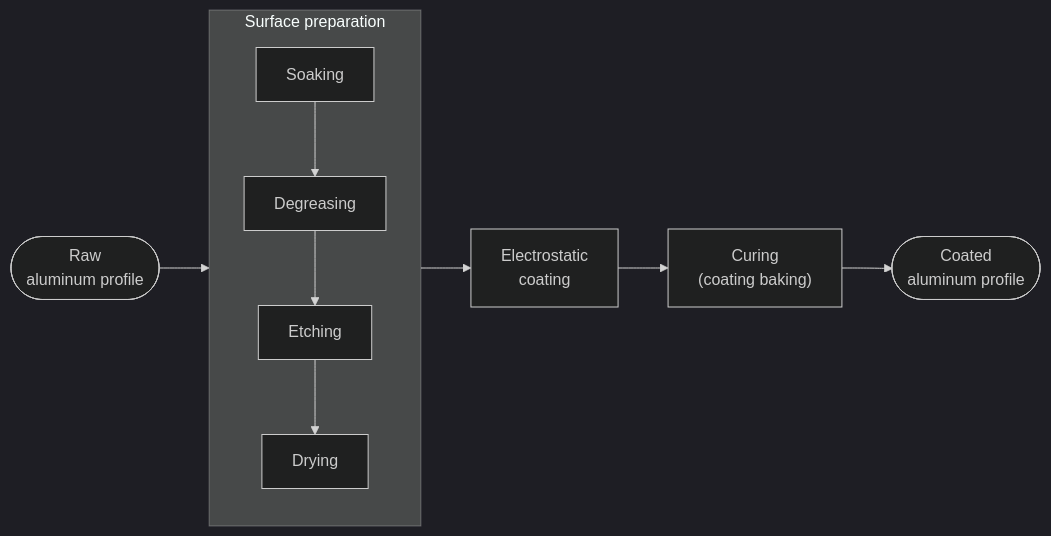
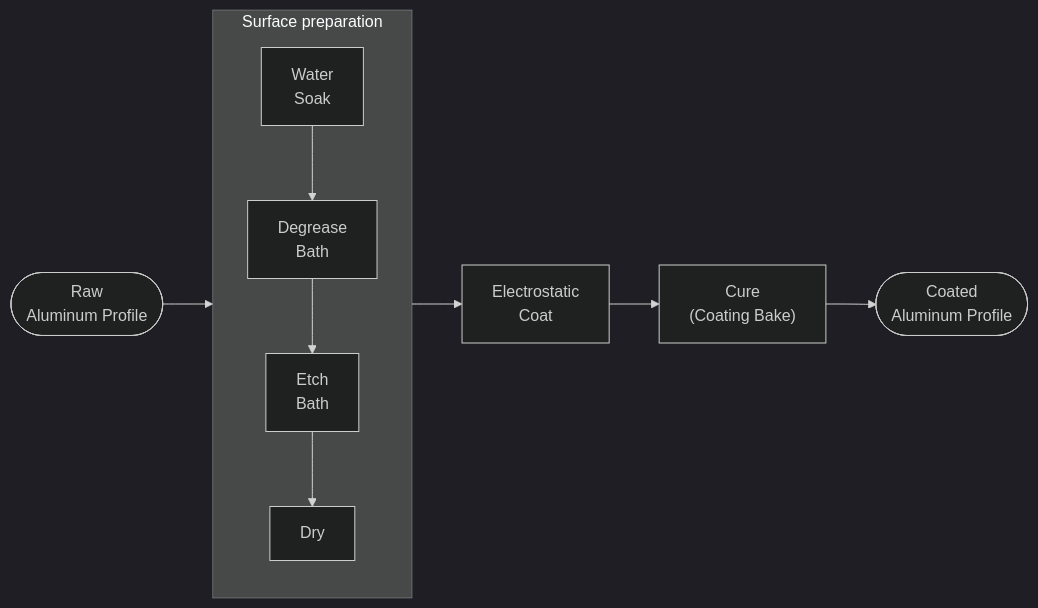
The second of 2 diagrams in docs/industrial_process.md (danderbas/aluminadb), drawn with Mermaid (dark theme) before and after one commit. The commit also changed other lines of this file, not shown here.

````diff
--- a/docs/industrial_process.md
+++ b/docs/industrial_process.md
@@ -47,17 +60,17 @@
 ```mermaid
 flowchart LR
-    profile(["Raw<br/>aluminum profile"])
+    profile(["Raw<br/>Aluminum Profile"])
     subgraph prep["Surface preparation"]
         direction TB
-        soaking["Soaking"]
-        degreasing["Degreasing"]
-        etching["Etching"]
-        drying["Drying"]
+        soaking["Water<br/>Soak"]
+        degreasing["Degrease<br/>Bath"]
+        etching["Etch<br/>Bath"]
+        drying["Dry"]
         soaking --> degreasing --> etching --> drying
     end
-    coating["Electrostatic<br/>coating"]
-    curing["Curing<br/>(coating baking)"]
-    coatedprofile(["Coated<br/>aluminum profile"])
+    coating["Electrostatic<br/>Coat"]
+    curing["Cure<br/>(Coating Bake)"]
+    coatedprofile(["Coated<br/>Aluminum Profile"])
 
     profile --> prep --> coating --> curing --> coatedprofile
 ```
````
